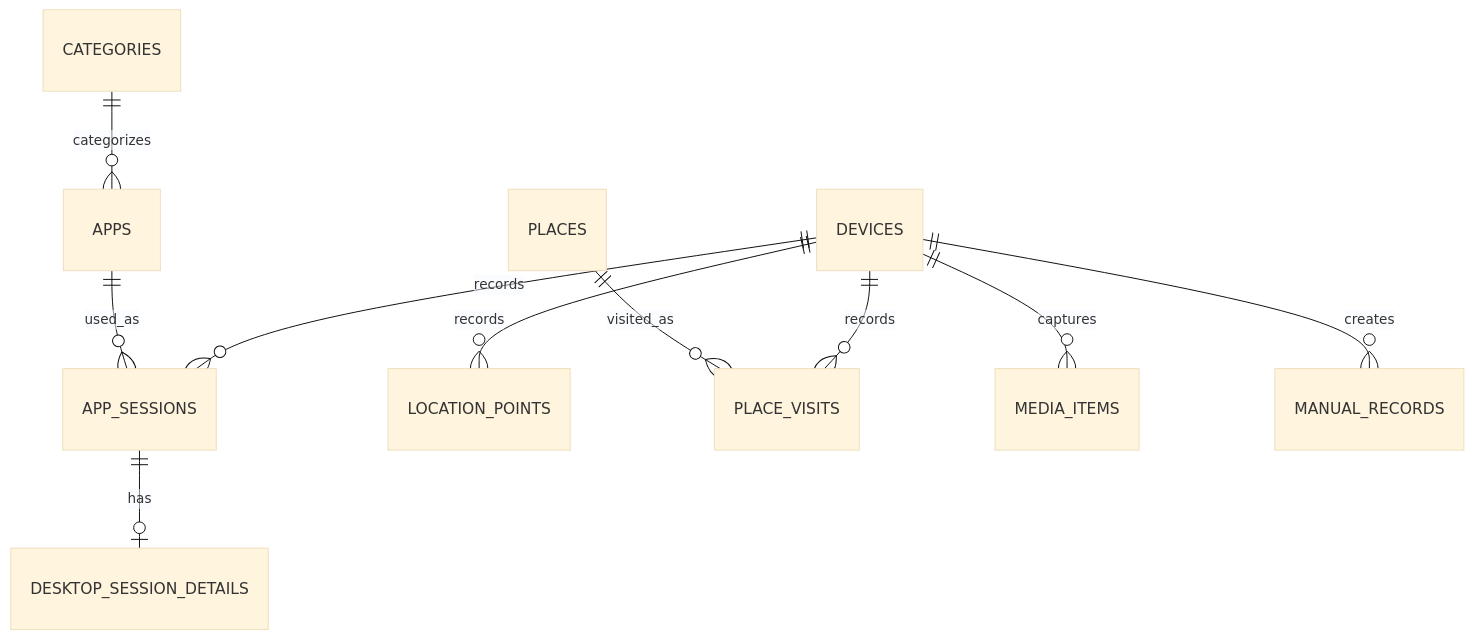
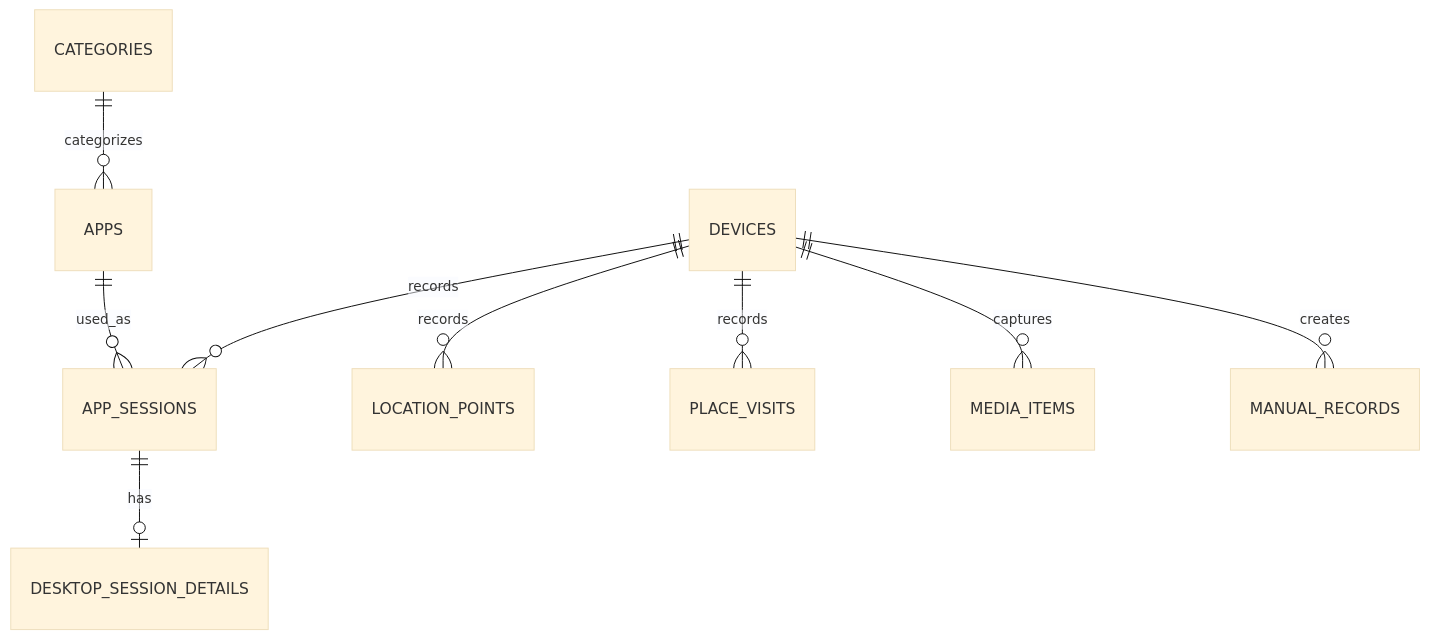
Before and after one commit to Megane14916/life-timeline: the diagram in docs/data-model.md, drawn with Mermaid (base theme). The commit also changed other lines of this file and 7 other files, not shown here.

````diff
--- a/docs/data-model.md
+++ b/docs/data-model.md
@@ -34,12 +34,11 @@
 ```mermaid
 erDiagram
     DEVICES ||--o{ APP_SESSIONS : records
     APPS ||--o{ APP_SESSIONS : used_as
     CATEGORIES ||--o{ APPS : categorizes
     APP_SESSIONS ||--o| DESKTOP_SESSION_DETAILS : has
     DEVICES ||--o{ LOCATION_POINTS : records
     DEVICES ||--o{ PLACE_VISITS : records
-    PLACES ||--o{ PLACE_VISITS : visited_as
     DEVICES ||--o{ MEDIA_ITEMS : captures
     DEVICES ||--o{ MANUAL_RECORDS : creates
 ```
````
